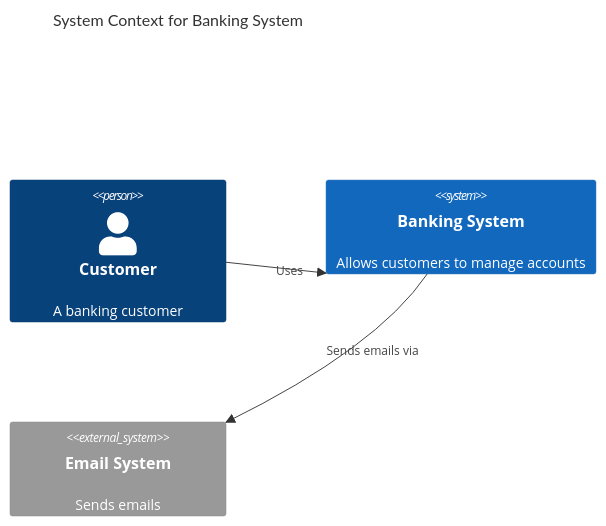
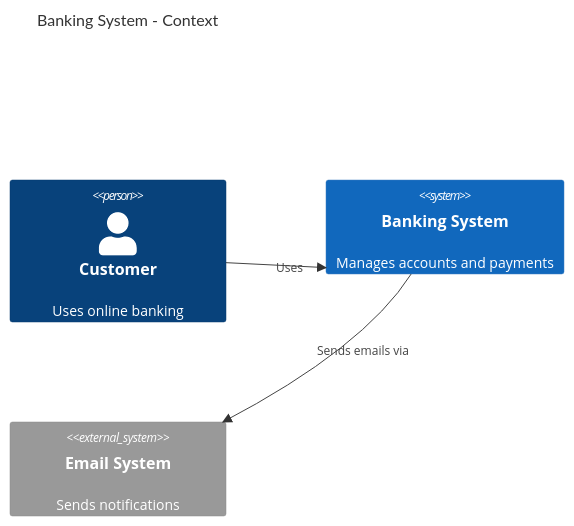
Before and after one commit to basidiocarp/lamella: the first of 6 diagrams in resources/skills/tools/mermaid-diagrams/references/c4-diagrams.md, drawn with Mermaid. The commit also changed other lines of this file and 1251 other files, not shown here.

````diff
--- a/resources/skills/tools/mermaid-diagrams/references/c4-diagrams.md
+++ b/resources/skills/tools/mermaid-diagrams/references/c4-diagrams.md
@@ -18,11 +23,11 @@
 ```mermaid
 C4Context
-    title System Context for Banking System
-    
-    Person(customer, "Customer", "A banking customer")
-    System(banking, "Banking System", "Allows customers to manage accounts")
-    System_Ext(email, "Email System", "Sends emails")
-    
+    title Banking System - Context
+
+    Person(customer, "Customer", "Uses online banking")
+    System(banking, "Banking System", "Manages accounts and payments")
+    System_Ext(email, "Email System", "Sends notifications")
+
     Rel(customer, banking, "Uses")
     Rel(banking, email, "Sends emails via")
 ```
````
